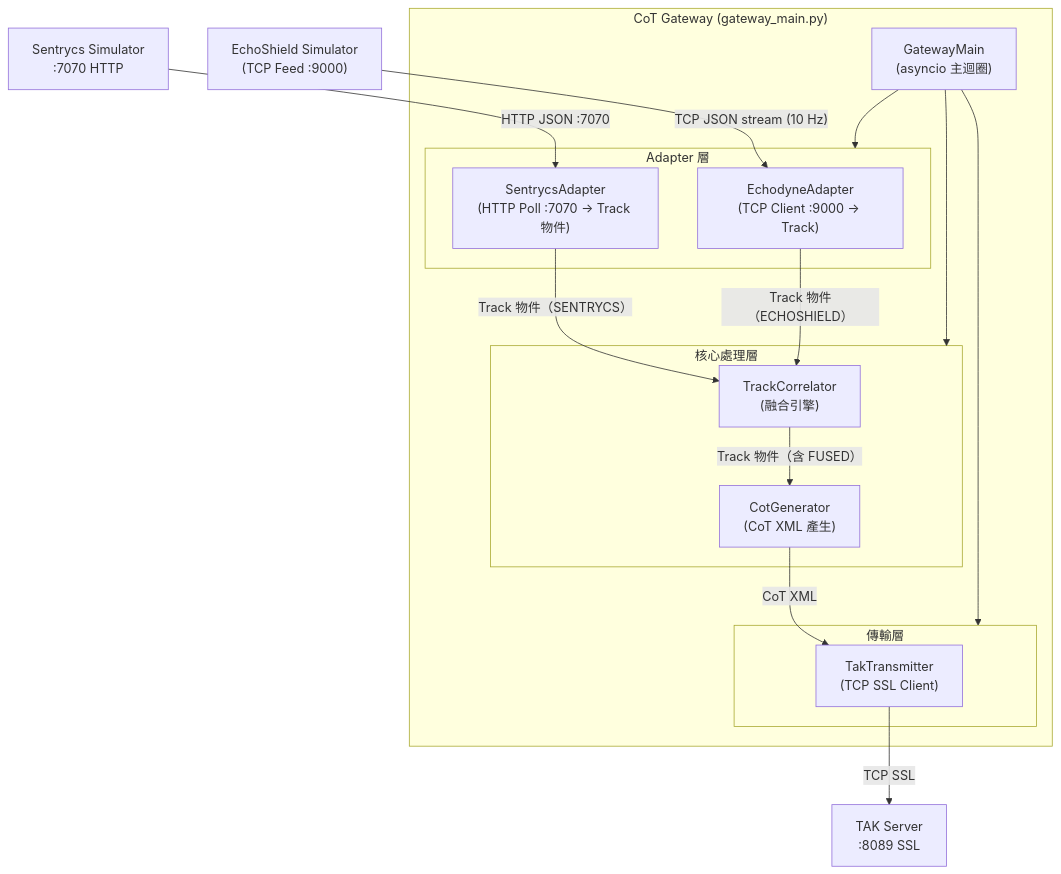
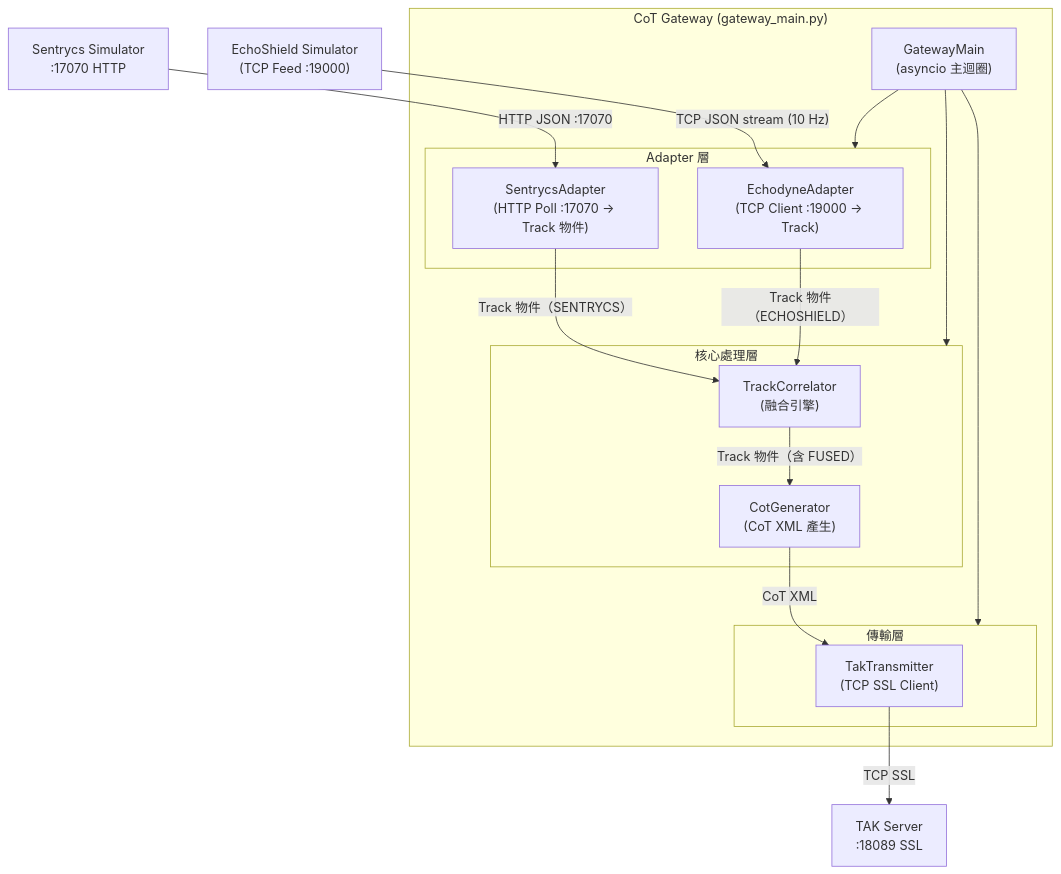
The diagram in docs/system-docs/06-cot-gateway-spec.md (aplool-tw/cics-tak-demo), drawn with Mermaid before and after one commit. The commit also changed other lines of this file and 123 other files, not shown here.

````diff
--- a/docs/system-docs/06-cot-gateway-spec.md
+++ b/docs/system-docs/06-cot-gateway-spec.md
@@ -33,35 +33,35 @@
 ```mermaid
 
 flowchart TD
     subgraph GATEWAY["CoT Gateway (gateway_main.py)"]
         GM["GatewayMain\n(asyncio 主迴圈)"]
 
         subgraph ADAPTERS["Adapter 層"]
-            EA["EchodyneAdapter\n(TCP Client :9000 → Track)"]
-            SC_A["SentrycsAdapter\n(HTTP Poll :7070 → Track 物件)"]
+            EA["EchodyneAdapter\n(TCP Client :19000 → Track)"]
+            SC_A["SentrycsAdapter\n(HTTP Poll :17070 → Track 物件)"]
         end
 
         subgraph CORE["核心處理層"]
             TC["TrackCorrelator\n(融合引擎)"]
             CG["CotGenerator\n(CoT XML 產生)"]
         end
 
         subgraph TRANSMIT["傳輸層"]
             TT["TakTransmitter\n(TCP SSL Client)"]
         end
     end
 
-    ES_SIM["EchoShield Simulator\n(TCP Feed :9000)"]
-    SC_SIM["Sentrycs Simulator\n:7070 HTTP"] -->|HTTP JSON :7070| SC_A
-    TAK["TAK Server\n:8089 SSL"]
+    ES_SIM["EchoShield Simulator\n(TCP Feed :19000)"]
+    SC_SIM["Sentrycs Simulator\n:17070 HTTP"] -->|HTTP JSON :17070| SC_A
+    TAK["TAK Server\n:18089 SSL"]
 
     ES_SIM -->|"TCP JSON stream (10 Hz)"| EA
     SC_A -->|Track 物件（SENTRYCS）| TC
     EA -->|Track 物件（ECHOSHIELD）| TC
     TC -->|Track 物件（含 FUSED）| CG
     CG -->|CoT XML| TT
     TT -->|TCP SSL| TAK
     GM --> ADAPTERS
     GM --> CORE
     GM --> TRANSMIT
 ```
````
